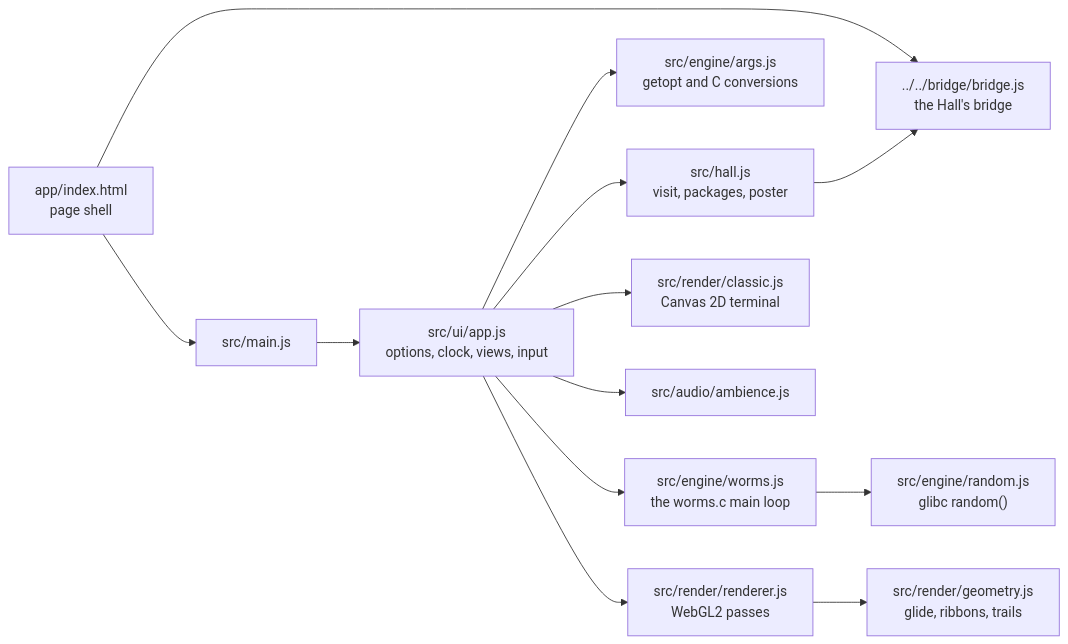
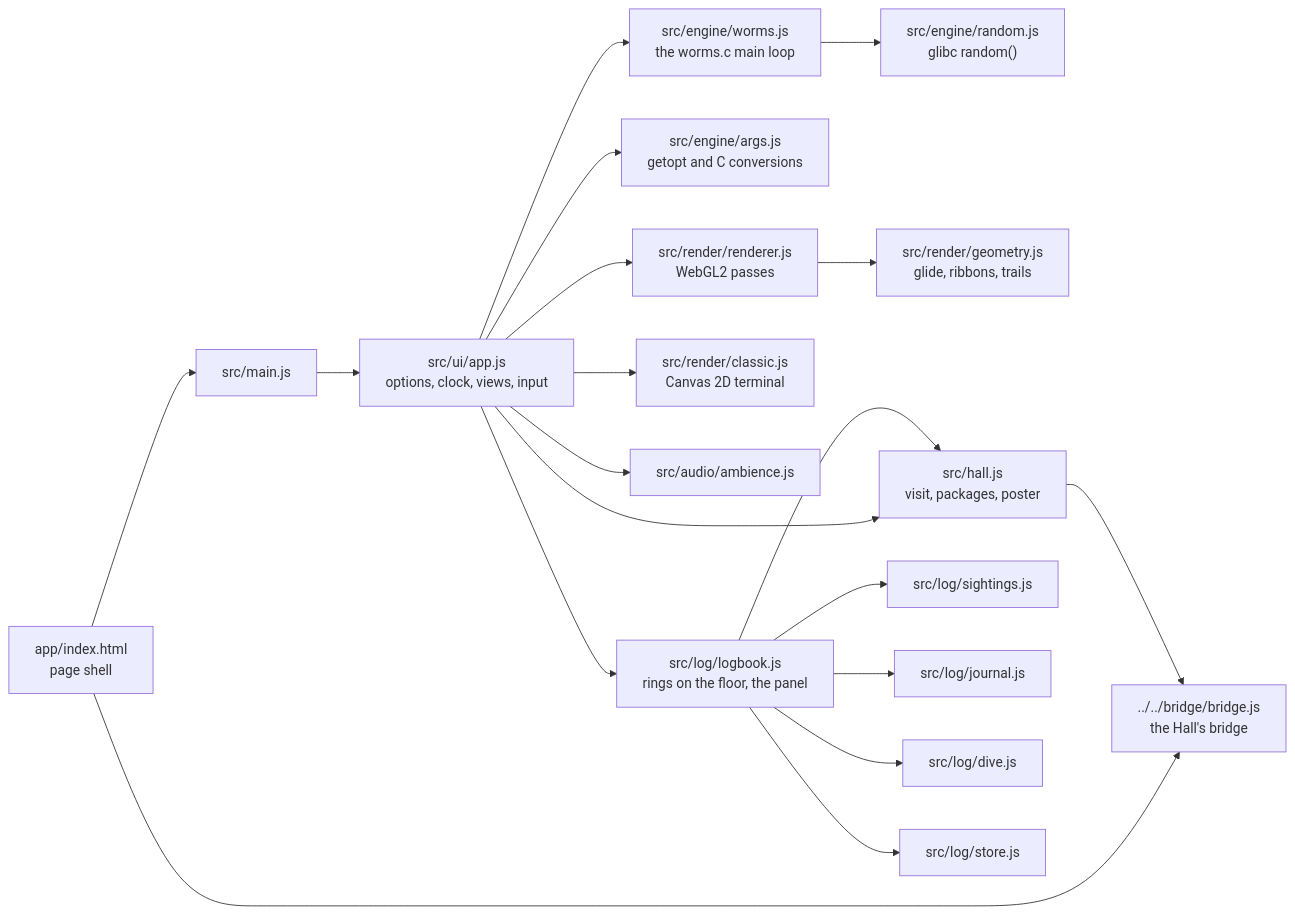
Before and after one commit to agunawijaya/usr-games-reborn: the first of 2 diagrams in games/worms/docs/ARCHITECTURE.md, drawn with Mermaid. The commit also changed other lines of this file and 91 other files, not shown here.

````diff
--- a/games/worms/docs/ARCHITECTURE.md
+++ b/games/worms/docs/ARCHITECTURE.md
@@ -15,15 +15,21 @@
 ```mermaid
 flowchart LR
   html["app/index.html<br/>page shell"] --> bridge["../../bridge/bridge.js<br/>the Hall's bridge"]
   html --> main["src/main.js"]
   main --> app["src/ui/app.js<br/>options, clock, views, input"]
   app --> engine["src/engine/worms.js<br/>the worms.c main loop"]
   app --> args["src/engine/args.js<br/>getopt and C conversions"]
   engine --> random["src/engine/random.js<br/>glibc random()"]
   app --> render["src/render/renderer.js<br/>WebGL2 passes"]
   render --> geometry["src/render/geometry.js<br/>glide, ribbons, trails"]
   app --> classic["src/render/classic.js<br/>Canvas 2D terminal"]
   app --> audio["src/audio/ambience.js"]
   app --> hall["src/hall.js<br/>visit, packages, poster"]
+  app --> logbook["src/log/logbook.js<br/>rings on the floor, the panel"]
+  logbook --> sightings["src/log/sightings.js"]
+  logbook --> journal["src/log/journal.js"]
+  logbook --> dive["src/log/dive.js"]
+  logbook --> store["src/log/store.js"]
+  logbook --> hall
   hall --> bridge
 ```
````
